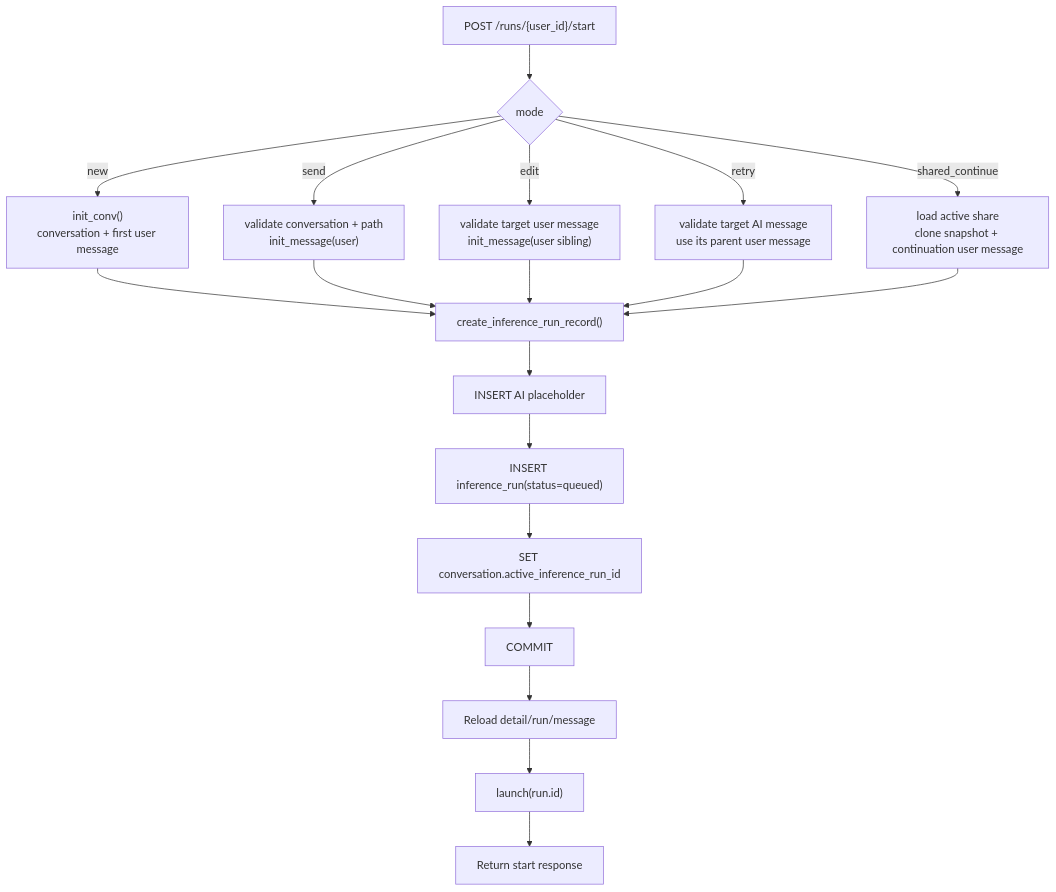
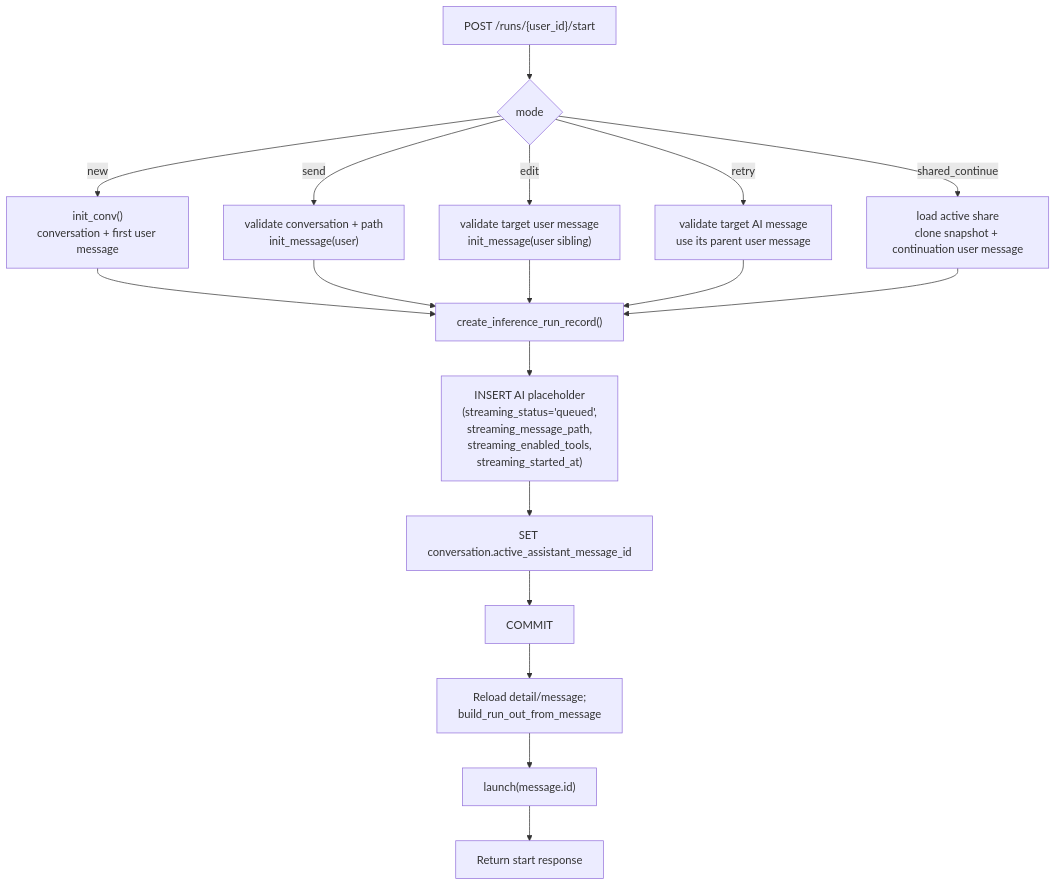
Before and after one commit to konstantinosmpouros/mAgenticX: the fourth of 9 diagrams in docs/flows/inference-streaming.md, drawn with Mermaid. The commit also changed other lines of this file and 26 other files, not shown here.

Commit message:
Migrate inference streaming to WebSocket + Redis

````diff
--- a/docs/flows/inference-streaming.md
+++ b/docs/flows/inference-streaming.md
@@ -217,17 +231,16 @@
 ```mermaid
 flowchart TD
     A["POST /runs/{user_id}/start"] --> B{mode}
     B -->|"new"| C["init_conv()\nconversation + first user message"]
     B -->|"send"| D["validate conversation + path\ninit_message(user)"]
     B -->|"edit"| E["validate target user message\ninit_message(user sibling)"]
     B -->|"retry"| F["validate target AI message\nuse its parent user message"]
     B -->|"shared_continue"| G["load active share\nclone snapshot + continuation user message"]
     C & D & E & F & G --> H["create_inference_run_record()"]
-    H --> I["INSERT AI placeholder"]
-    I --> J["INSERT inference_run(status=queued)"]
-    J --> K["SET conversation.active_inference_run_id"]
+    H --> I["INSERT AI placeholder\n(streaming_status='queued',\n streaming_message_path,\n streaming_enabled_tools,\n streaming_started_at)"]
+    I --> K["SET conversation.active_assistant_message_id"]
     K --> L["COMMIT"]
-    L --> M["Reload detail/run/message"]
-    M --> N["launch(run.id)"]
+    L --> M["Reload detail/message;\nbuild_run_out_from_message"]
+    M --> N["launch(message.id)"]
     N --> O["Return start response"]
 ```
````
